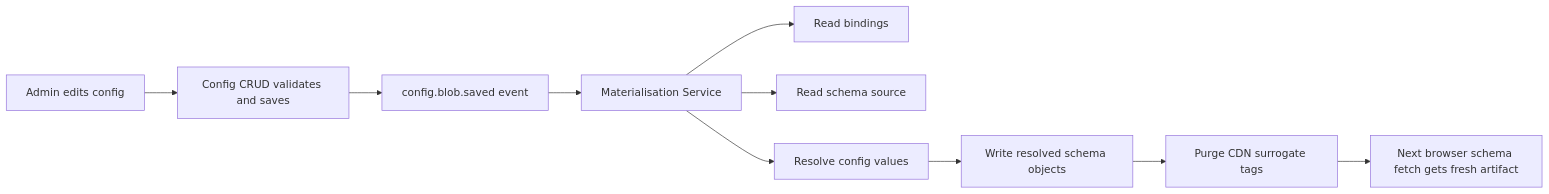
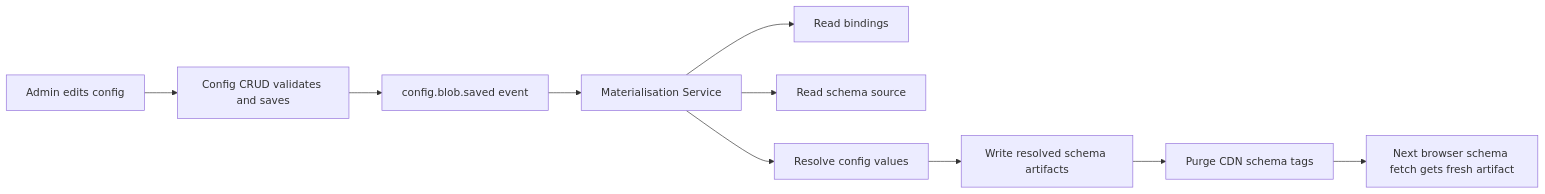
Before and after one commit to saba-2103/group-quotation: the diagram in docs/arch_v0/03-CONFIG-AND-MATERIALISATION.md, drawn with Mermaid. The commit also changed other lines of this file and 11 other files, not shown here.

````diff
--- a/docs/arch_v0/03-CONFIG-AND-MATERIALISATION.md
+++ b/docs/arch_v0/03-CONFIG-AND-MATERIALISATION.md
@@ -53,12 +51,12 @@
 ```mermaid
 flowchart LR
     A["Admin edits config"] --> B["Config CRUD validates and saves"]
     B --> C["config.blob.saved event"]
     C --> D["Materialisation Service"]
     D --> E["Read bindings"]
     D --> F["Read schema source"]
     D --> G["Resolve config values"]
-    G --> H["Write resolved schema objects"]
-    H --> I["Purge CDN surrogate tags"]
+    G --> H["Write resolved schema artifacts"]
+    H --> I["Purge CDN schema tags"]
     I --> J["Next browser schema fetch gets fresh artifact"]
 ```
````
